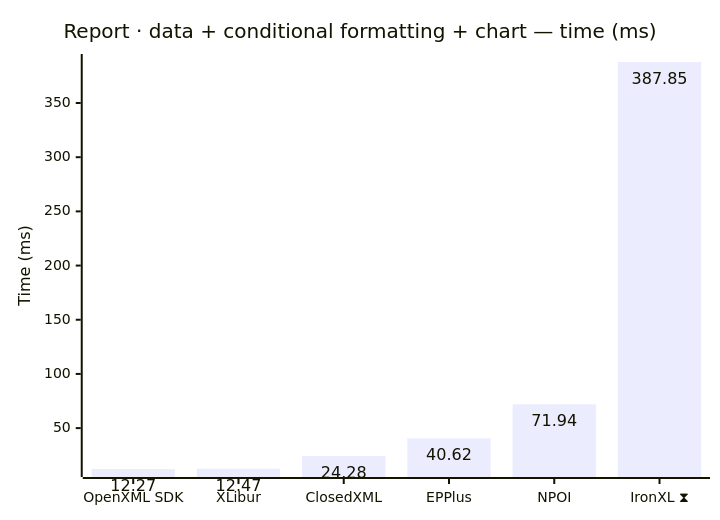
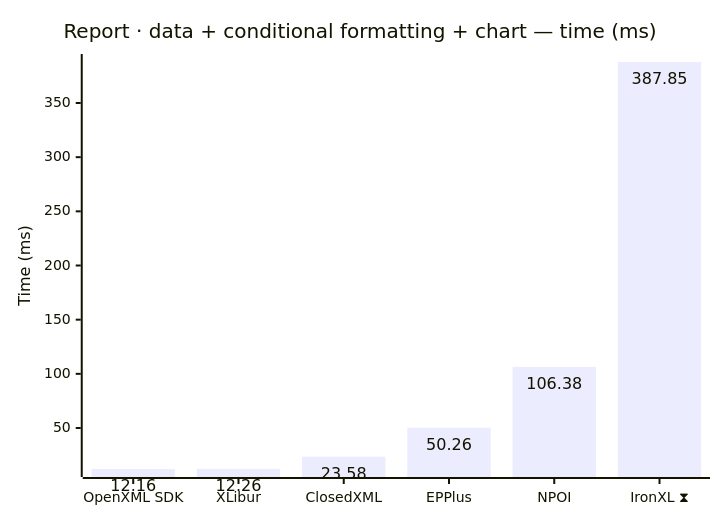
The seventh of 12 diagrams in docs/results-ci.md (jafin/XLBench), drawn with Mermaid before and after one commit. The commit also changed other lines of this file, not shown here.

````diff
--- a/docs/results-ci.md
+++ b/docs/results-ci.md
@@ -119,12 +119,12 @@
 ```mermaid
 ---
 config:
   xyChart:
     showDataLabel: true
 ---
 xychart-beta
     title "Report · data + conditional formatting + chart — time (ms)"
     x-axis ["OpenXML SDK", "XLibur", "ClosedXML", "EPPlus", "NPOI", "IronXL ⧗"]
     y-axis "Time (ms)"
-    bar [12.27, 12.47, 24.28, 40.62, 71.94, 387.85]
+    bar [12.16, 12.26, 23.58, 50.26, 106.38, 387.85]
 ```
````
